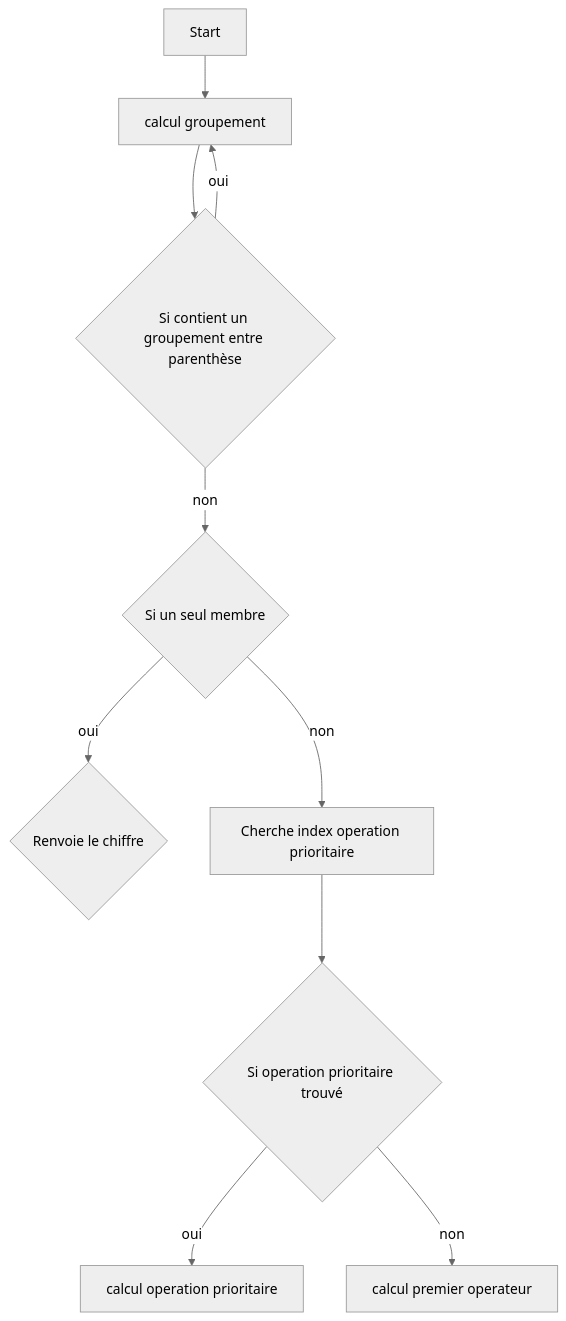
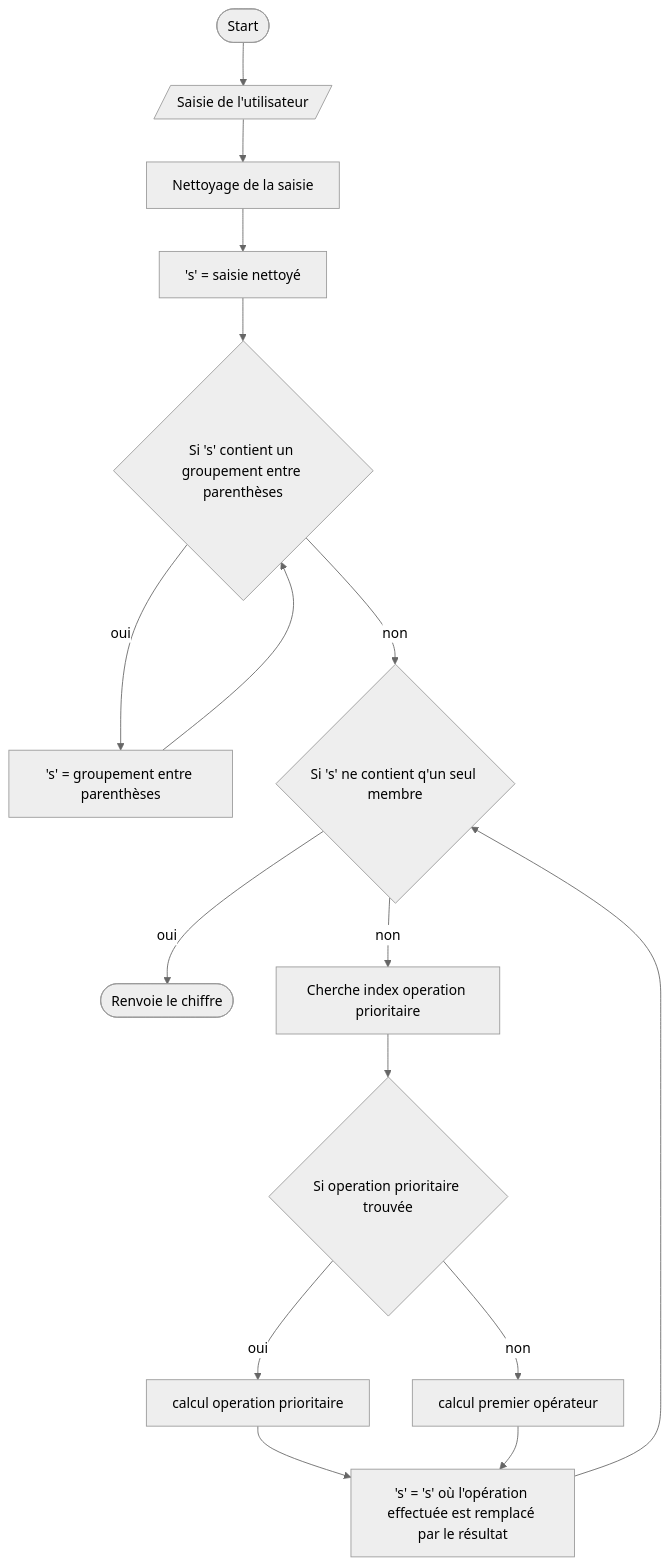
The diagram in _drafts/2024-09-02-Calculatrice.md (cotes2020/jekyll-theme-chirpy), drawn with Mermaid (neutral theme) before and after one commit. The commit also changed other lines of this file, not shown here.

Commit message:
docs(calculatrice): correct errors

````diff
--- a/_drafts/2024-09-02-Calculatrice.md
+++ b/_drafts/2024-09-02-Calculatrice.md
@@ -24,12 +39,18 @@
 ``` mermaid
-flowchart
-  A[Start] --> B[calcul groupement]
-  B --> C{Si contient un groupement entre parenthèse}
-  C -- oui --> B
-  C -- non --> D{Si un seul membre} 
-  D -- oui --> E{Renvoie le chiffre}
-  D -- non --> F[Cherche index operation prioritaire]
-  F --> G{Si operation prioritaire trouvé}
-  G -- oui --> H[calcul operation prioritaire]
-  G -- non --> I[calcul premier operateur]
+flowchart TD
+  A([Start]) --> B[/Saisie de l'utilisateur/]
+  B --> C[Nettoyage de la saisie]
+  C --> D['s' = saisie nettoyé]
+  D --> E{Si 's' contient un groupement entre parenthèses}
+  E -- oui --> F['s' = groupement entre parenthèses]
+  F --> E
+  E -- non --> G{Si 's' ne contient q'un seul membre} 
+  G -- oui --> H([Renvoie le chiffre])
+  G -- non --> I[Cherche index operation prioritaire]
+  I --> J{Si operation prioritaire trouvée}
+  J -- oui --> K[calcul operation prioritaire]
+  J -- non --> L[calcul premier opérateur]
+  K --> M['s' = 's' où l'opération effectuée est remplacé par le résultat]
+  L --> M
+  M --> G
 ```
````
